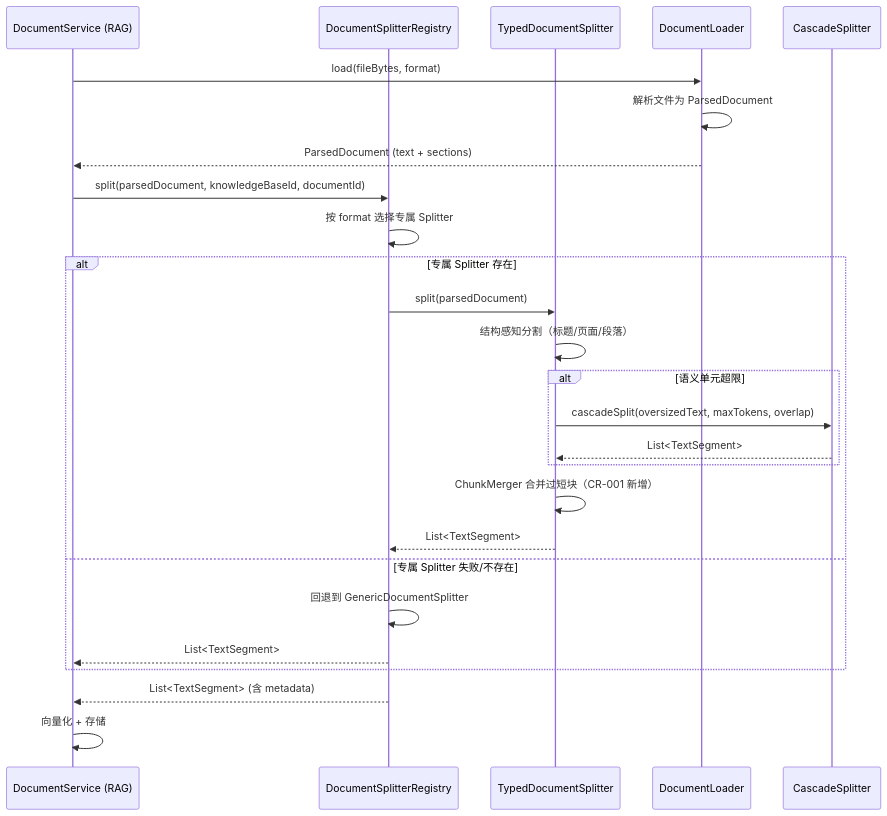
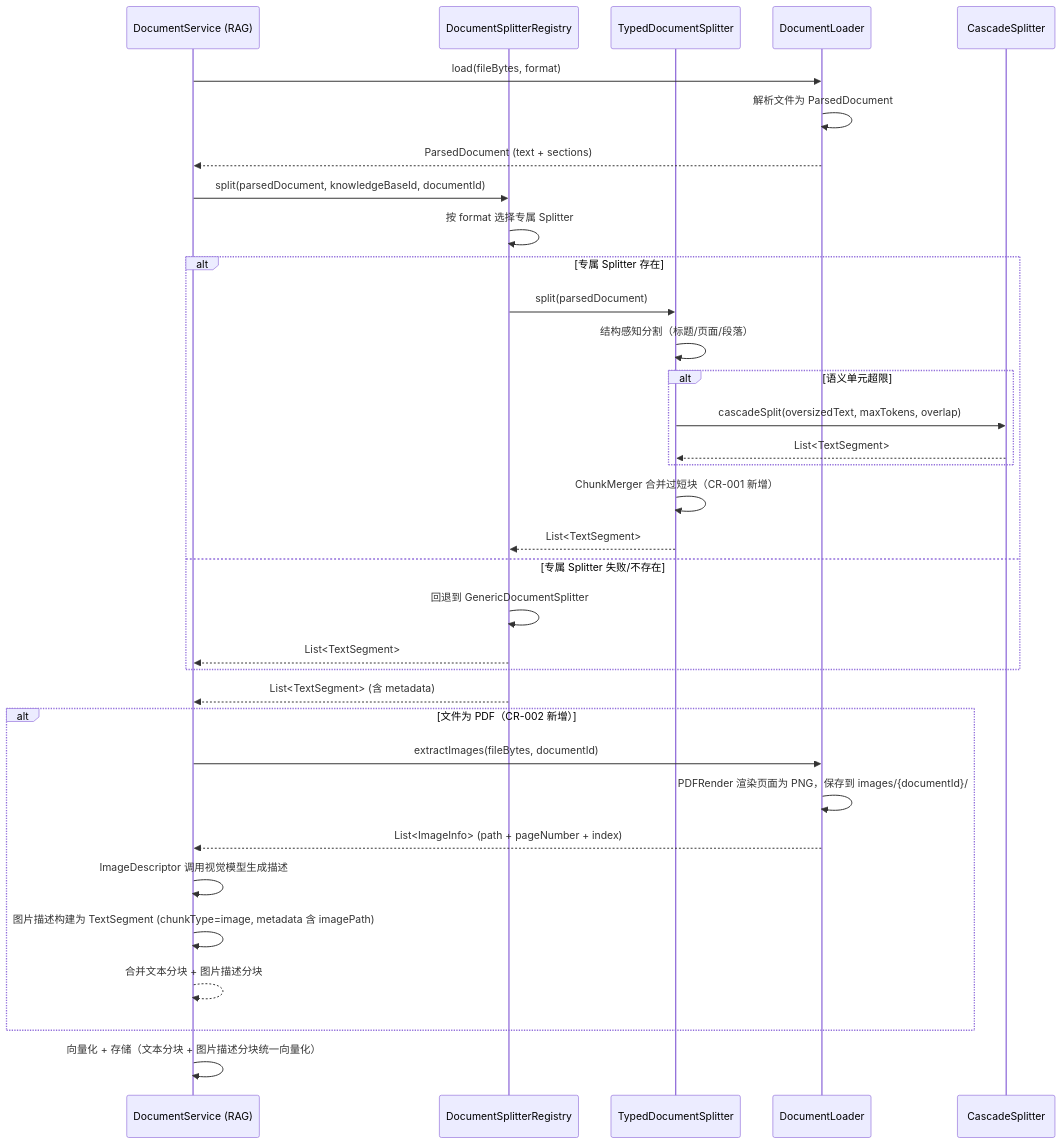
Before and after one commit to zxchengQQ/agent_demo: the second of 3 diagrams in specs/features/2026-07-29_文档分割模块化与Token展示/文档分割模块化与Token展示_技术方案.md, drawn with Mermaid. The commit also changed other lines of this file and 32 other files, not shown here.

First line of the commit message:
feat(rag): 新增PDF图片提取与描述生成功能

````diff
--- a/specs/features/2026-07-29_文档分割模块化与Token展示/文档分割模块化与Token展示_技术方案.md
+++ b/specs/features/2026-07-29_文档分割模块化与Token展示/文档分割模块化与Token展示_技术方案.md
@@ -60,30 +65,40 @@
 ```mermaid
 sequenceDiagram
     participant DS as DocumentService (RAG)
     participant Reg as DocumentSplitterRegistry
     participant Splitter as TypedDocumentSplitter
     participant Loader as DocumentLoader
     participant Cascade as CascadeSplitter
 
     DS->>Loader: load(fileBytes, format)
     Loader->>Loader: 解析文件为 ParsedDocument
     Loader-->>DS: ParsedDocument (text + sections)
 
     DS->>Reg: split(parsedDocument, knowledgeBaseId, documentId)
     Reg->>Reg: 按 format 选择专属 Splitter
     alt 专属 Splitter 存在
         Reg->>Splitter: split(parsedDocument)
         Splitter->>Splitter: 结构感知分割（标题/页面/段落）
         alt 语义单元超限
             Splitter->>Cascade: cascadeSplit(oversizedText, maxTokens, overlap)
             Cascade-->>Splitter: List<TextSegment>
         end
         Splitter->>Splitter: ChunkMerger 合并过短块（CR-001 新增）
         Splitter-->>Reg: List<TextSegment>
     else 专属 Splitter 失败/不存在
         Reg->>Reg: 回退到 GenericDocumentSplitter
         Reg-->>DS: List<TextSegment>
     end
     Reg-->>DS: List<TextSegment> (含 metadata)
-    DS->>DS: 向量化 + 存储
+
+    alt 文件为 PDF（CR-002 新增）
+        DS->>Loader: extractImages(fileBytes, documentId)
+        Loader->>Loader: PDFRender 渲染页面为 PNG，保存到 images/{documentId}/
+        Loader-->>DS: List<ImageInfo> (path + pageNumber + index)
+        DS->>DS: ImageDescriptor 调用视觉模型生成描述
+        DS->>DS: 图片描述构建为 TextSegment (chunkType=image, metadata 含 imagePath)
+        DS-->>DS: 合并文本分块 + 图片描述分块
+    end
+
+    DS->>DS: 向量化 + 存储（文本分块 + 图片描述分块统一向量化）
 ```
````
